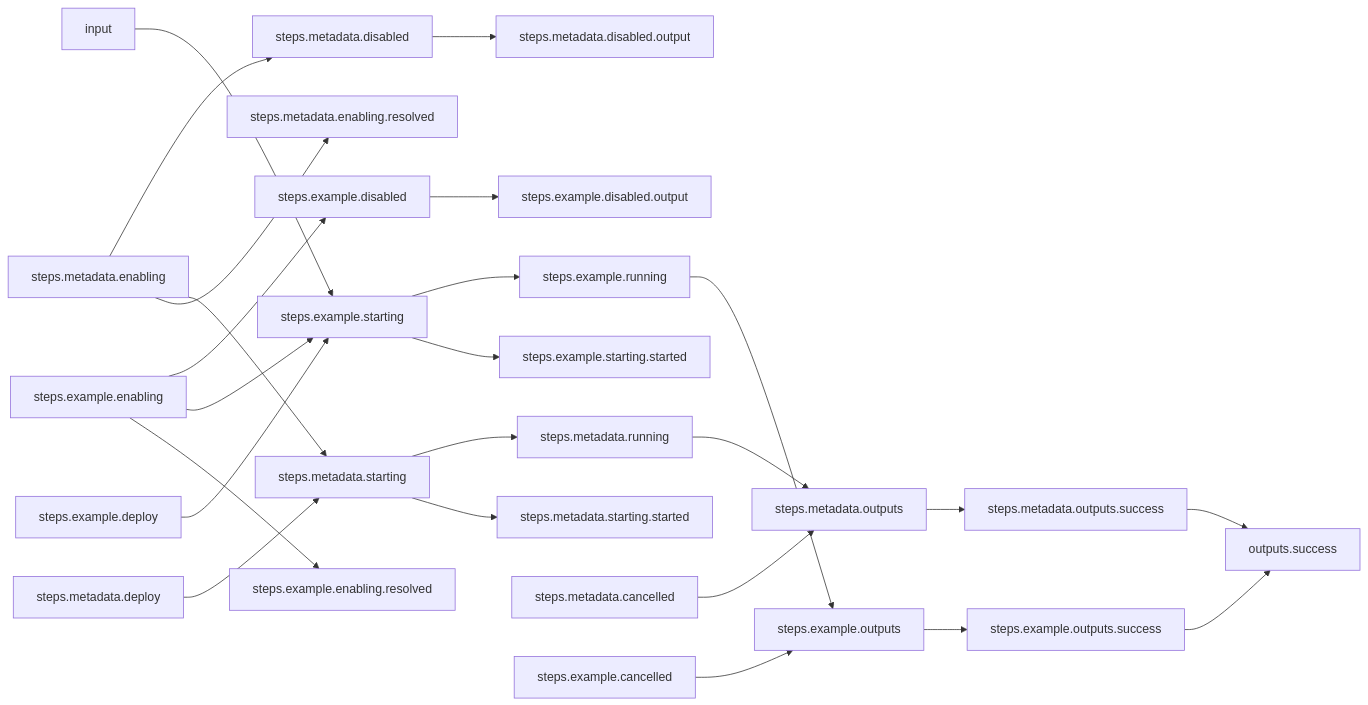
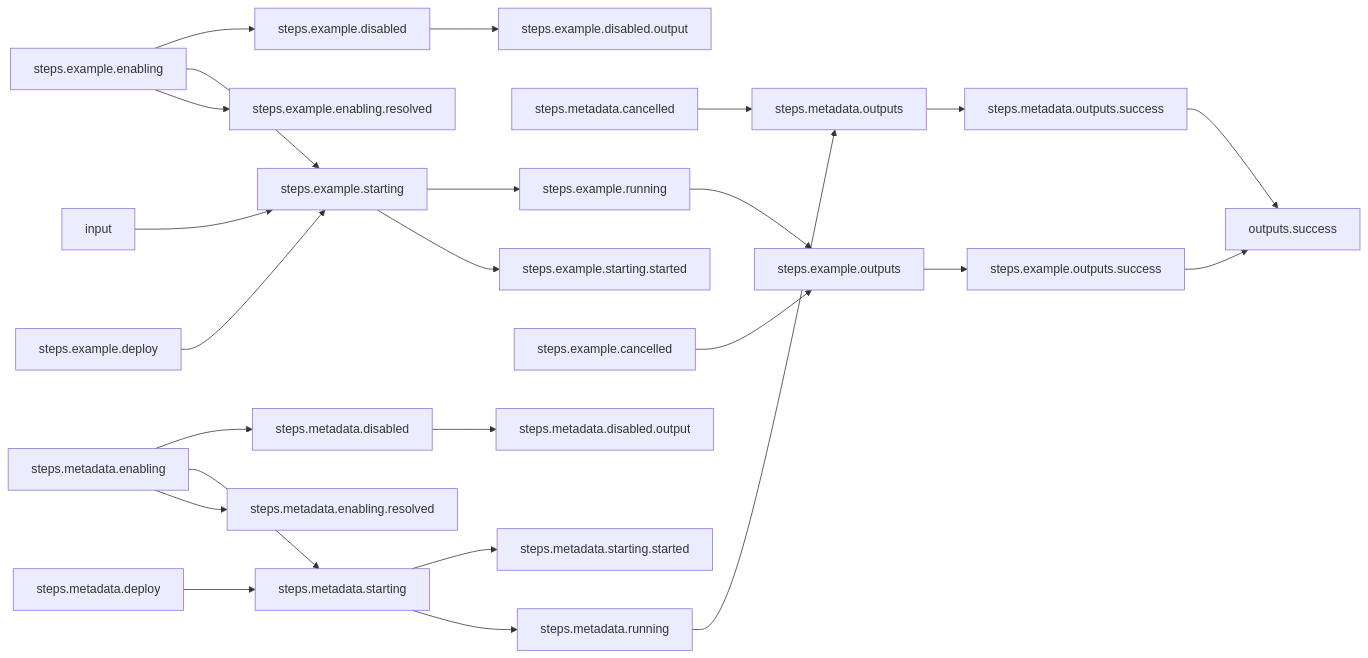
One commit to arcalot/arcaflow-workflows changed the diagram in basic-examples/parallel/README.md. Above: the diagram before and after it, drawn with Mermaid. The commit also changed other lines of this file and 19 other files, not shown here.

````diff
--- a/basic-examples/parallel/README.md
+++ b/basic-examples/parallel/README.md
@@ -30,28 +83,28 @@
 ```mermaid
 %% Mermaid markdown workflow
 flowchart LR
 %% Success path
+steps.example.running-->steps.example.outputs
+steps.example.enabling-->steps.example.enabling.resolved
+steps.example.enabling-->steps.example.starting
+steps.example.enabling-->steps.example.disabled
+steps.metadata.cancelled-->steps.metadata.outputs
+steps.example.disabled-->steps.example.disabled.output
+steps.metadata.deploy-->steps.metadata.starting
+steps.metadata.running-->steps.metadata.outputs
+steps.example.outputs-->steps.example.outputs.success
 steps.example.deploy-->steps.example.starting
 steps.metadata.enabling-->steps.metadata.enabling.resolved
 steps.metadata.enabling-->steps.metadata.starting
 steps.metadata.enabling-->steps.metadata.disabled
-steps.example.disabled-->steps.example.disabled.output
+steps.example.cancelled-->steps.example.outputs
+steps.metadata.outputs.success-->outputs.success
 steps.metadata.disabled-->steps.metadata.disabled.output
-steps.example.running-->steps.example.outputs
+steps.example.outputs.success-->outputs.success
+input-->steps.example.starting
+steps.metadata.starting-->steps.metadata.running
+steps.metadata.starting-->steps.metadata.starting.started
+steps.metadata.outputs-->steps.metadata.outputs.success
 steps.example.starting-->steps.example.starting.started
 steps.example.starting-->steps.example.running
-steps.example.enabling-->steps.example.enabling.resolved
-steps.example.enabling-->steps.example.starting
-steps.example.enabling-->steps.example.disabled
-steps.metadata.starting-->steps.metadata.starting.started
-steps.metadata.starting-->steps.metadata.running
-steps.metadata.cancelled-->steps.metadata.outputs
-steps.metadata.outputs.success-->outputs.success
-input-->steps.example.starting
-steps.example.outputs-->steps.example.outputs.success
-steps.example.cancelled-->steps.example.outputs
-steps.metadata.outputs-->steps.metadata.outputs.success
-steps.metadata.running-->steps.metadata.outputs
-steps.metadata.deploy-->steps.metadata.starting
-steps.example.outputs.success-->outputs.success
 ```
````
